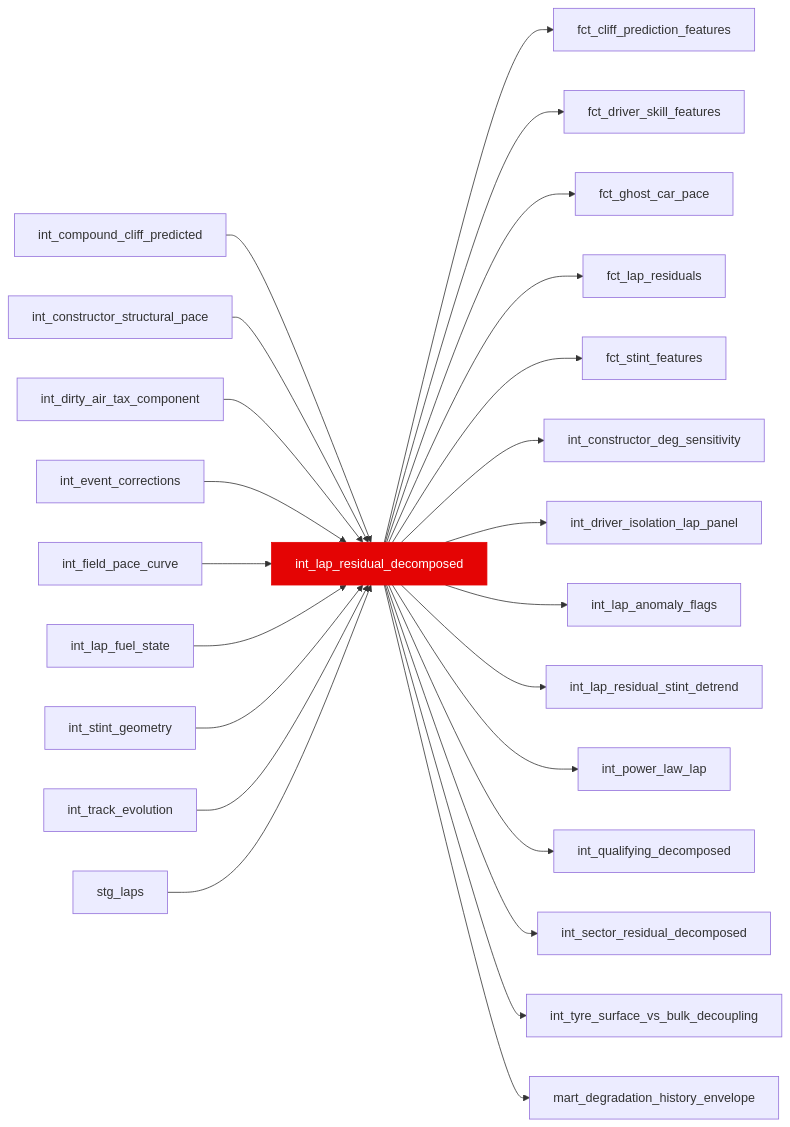
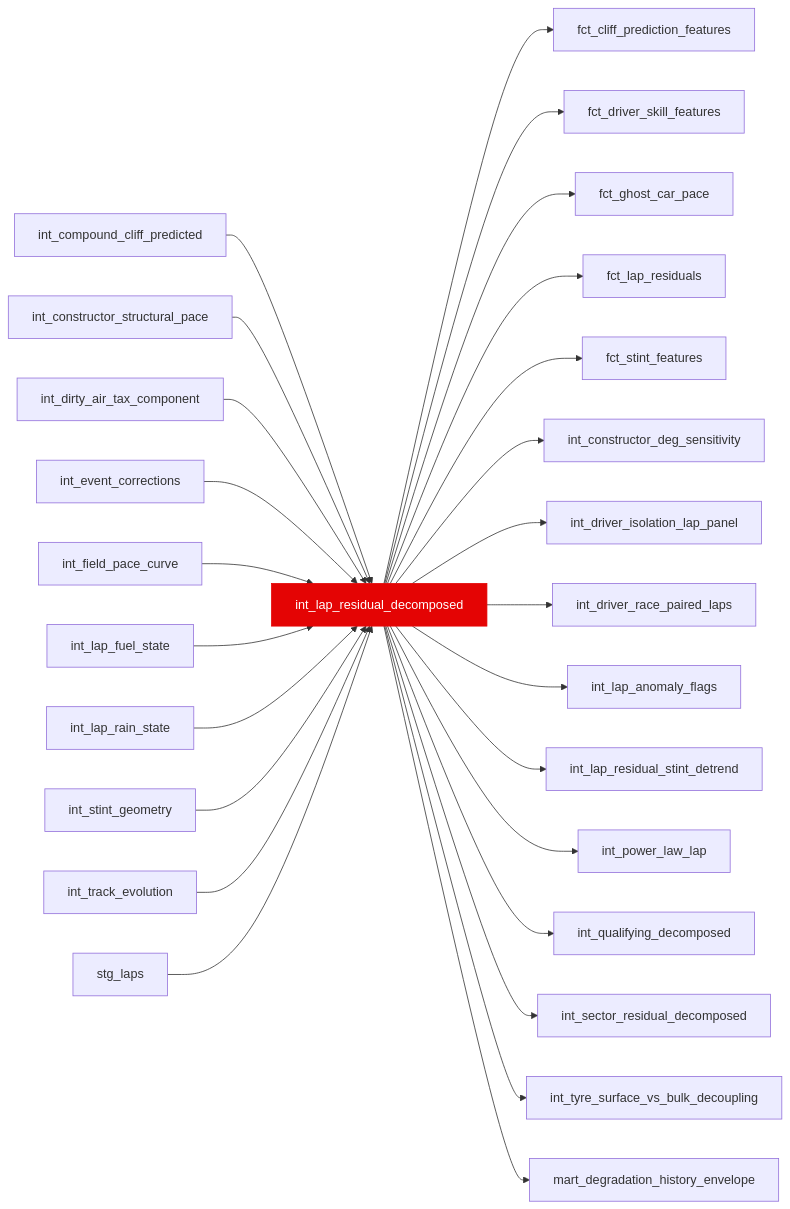
The diagram in docs/reference/models/int/int_lap_residual_decomposed.mdx (JustinClarke/off-the-pace), drawn with Mermaid before and after one commit. The commit also changed other lines of this file and 87 other files, not shown here.

````diff
--- a/docs/reference/models/int/int_lap_residual_decomposed.mdx
+++ b/docs/reference/models/int/int_lap_residual_decomposed.mdx
@@ -17,27 +17,29 @@
 ```mermaid
 flowchart LR
   int_compound_cliff_predicted --> int_lap_residual_decomposed
   int_constructor_structural_pace --> int_lap_residual_decomposed
   int_dirty_air_tax_component --> int_lap_residual_decomposed
   int_event_corrections --> int_lap_residual_decomposed
   int_field_pace_curve --> int_lap_residual_decomposed
   int_lap_fuel_state --> int_lap_residual_decomposed
+  int_lap_rain_state --> int_lap_residual_decomposed
   int_stint_geometry --> int_lap_residual_decomposed
   int_track_evolution --> int_lap_residual_decomposed
   stg_laps --> int_lap_residual_decomposed
   int_lap_residual_decomposed --> fct_cliff_prediction_features
   int_lap_residual_decomposed --> fct_driver_skill_features
   int_lap_residual_decomposed --> fct_ghost_car_pace
   int_lap_residual_decomposed --> fct_lap_residuals
   int_lap_residual_decomposed --> fct_stint_features
   int_lap_residual_decomposed --> int_constructor_deg_sensitivity
   int_lap_residual_decomposed --> int_driver_isolation_lap_panel
+  int_lap_residual_decomposed --> int_driver_race_paired_laps
   int_lap_residual_decomposed --> int_lap_anomaly_flags
   int_lap_residual_decomposed --> int_lap_residual_stint_detrend
   int_lap_residual_decomposed --> int_power_law_lap
   int_lap_residual_decomposed --> int_qualifying_decomposed
   int_lap_residual_decomposed --> int_sector_residual_decomposed
   int_lap_residual_decomposed --> int_tyre_surface_vs_bulk_decoupling
   int_lap_residual_decomposed --> mart_degradation_history_envelope
   style int_lap_residual_decomposed fill:#e40404,stroke:#e40404,color:#fff
 ```
````
